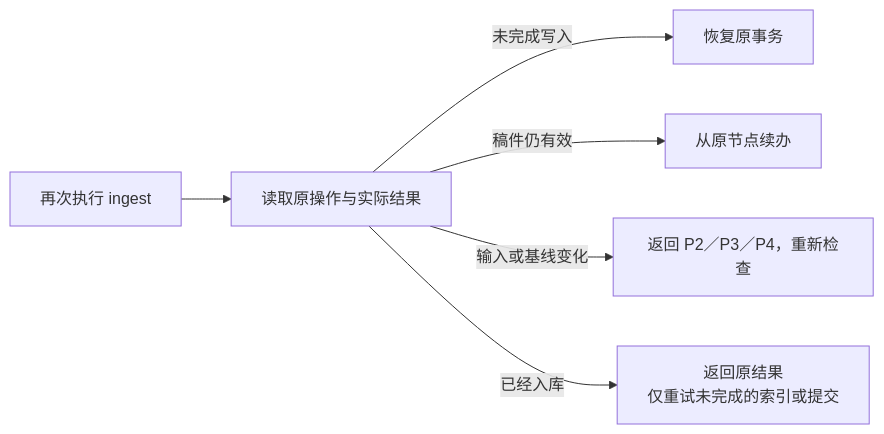
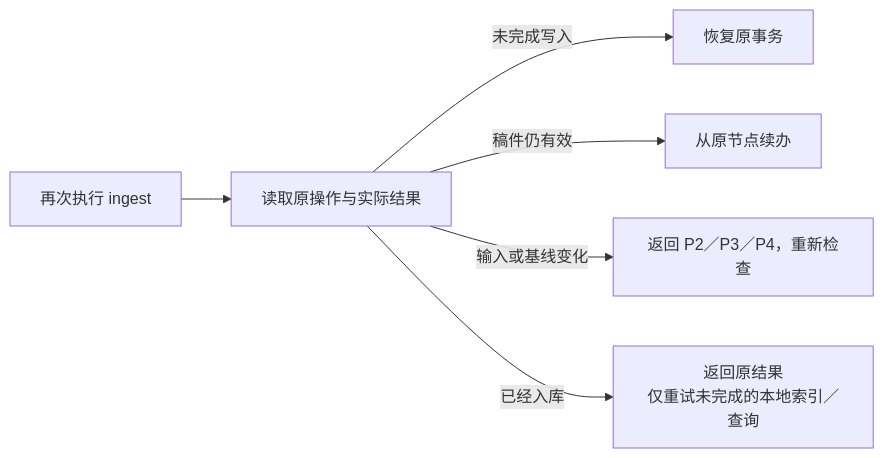
One commit to Robin-hhc/FactumCore changed diagram 17 of 19 in aiotbot-knowledge-wifi-mp/docs-llm-wiki/知识库详细设计.md. Above: the diagram before and after it, drawn with Mermaid. The commit also changed other lines of this file and 95 other files, not shown here.

````diff
--- a/aiotbot-knowledge-wifi-mp/docs-llm-wiki/知识库详细设计.md
+++ b/aiotbot-knowledge-wifi-mp/docs-llm-wiki/知识库详细设计.md
@@ -742,8 +755,8 @@
 ```mermaid
 flowchart LR
     RUN["再次执行 ingest"] --> STATE["读取原操作与实际结果"]
     STATE -->|"未完成写入"| RECOVER["恢复原事务"]
     STATE -->|"稿件仍有效"| CONTINUE["从原节点续办"]
     STATE -->|"输入或基线变化"| REVISE["返回 P2／P3／P4，重新检查"]
-    STATE -->|"已经入库"| DONE["返回原结果<br/>仅重试未完成的索引或提交"]
+    STATE -->|"已经入库"| DONE["返回原结果<br/>仅重试未完成的本地索引／查询"]
 ```
````
